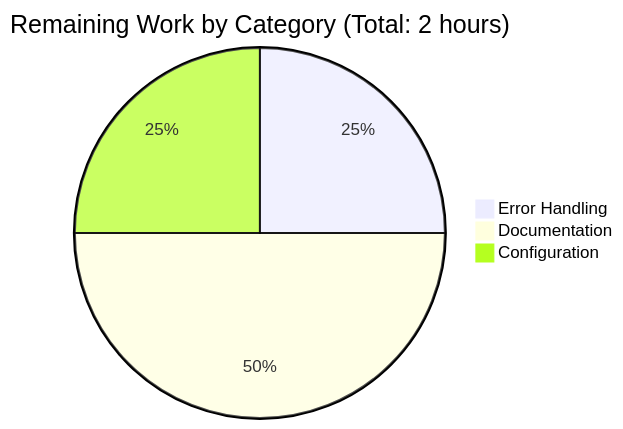
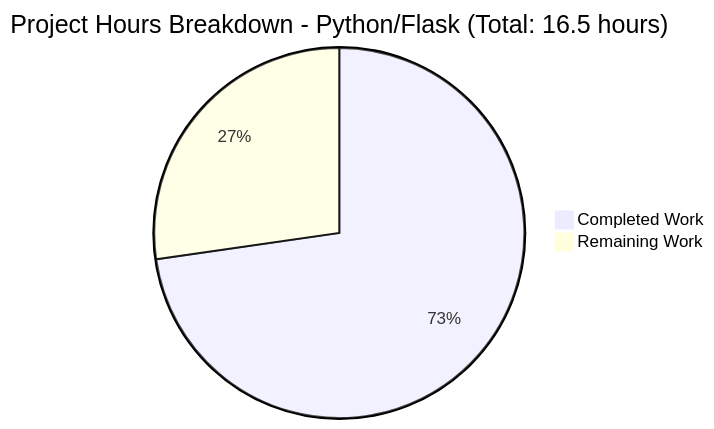
The second of 2 diagrams in blitzy/documentation/Project Guide.md (blitzytest02/10oct_5), drawn with Mermaid before and after one commit. The commit also changed other lines of this file, not shown here.

Commit message:
Adding Blitzy Project Guide: Project Status and Human Tasks Remaining

````diff
--- a/blitzy/documentation/Project Guide.md
+++ b/blitzy/documentation/Project Guide.md
@@ -692,6 +101,5 @@
 ```mermaid
-pie title Remaining Work by Category (Total: 2 hours)
-    "Error Handling" : 0.5
-    "Documentation" : 1
-    "Configuration" : 0.5
+pie title Project Hours Breakdown - Python/Flask (Total: 16.5 hours)
+    "Completed Work" : 12
+    "Remaining Work" : 4.5
 ```
````
